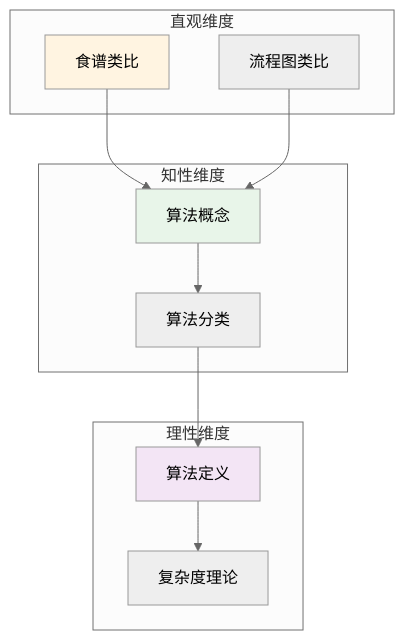
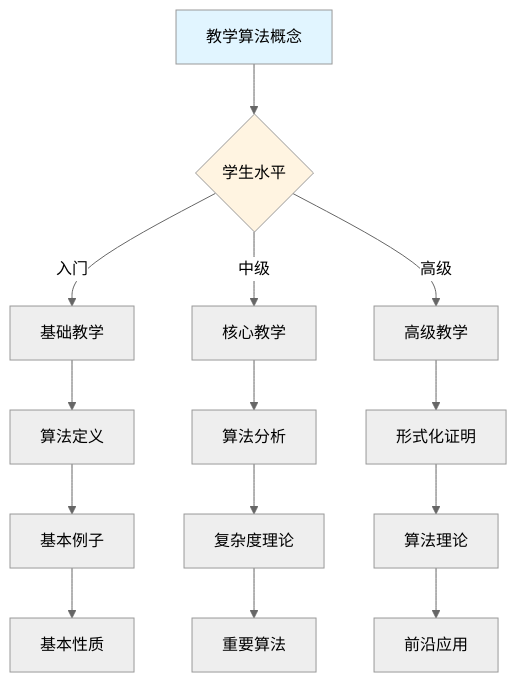
Diagram 11 of 11 in concept/核心概念/31-算法.md (AdaMartin18010/FormalMath), drawn with Mermaid (neutral theme) before and after one commit. The commit also changed other lines of this file and 4793 other files, not shown here.

````diff
--- a/concept/核心概念/31-算法.md
+++ b/concept/核心概念/31-算法.md
@@ -784,27 +2519,22 @@
 ```mermaid
-graph TB
-    subgraph 直观维度
-        A1[食谱类比]
-        A2[流程图类比]
-    end
+graph TD
+    A[教学算法概念] --> B{学生水平}
+    B -->|入门| C[基础教学]
+    B -->|中级| D[核心教学]
+    B -->|高级| E[高级教学]
 
-    subgraph 知性维度
-        B1[算法概念]
-        B2[算法分类]
-    end
+    C --> C1[算法定义]
+    C1 --> C2[基本例子]
+    C2 --> C3[基本性质]
 
-    subgraph 理性维度
-        C1[算法定义]
-        C2[复杂度理论]
-    end
+    D --> D1[算法分析]
+    D1 --> D2[复杂度理论]
+    D2 --> D3[重要算法]
 
-    A1 --> B1
-    A2 --> B1
-    B1 --> B2
-    B2 --> C1
-    C1 --> C2
+    E --> E1[形式化证明]
+    E1 --> E2[算法理论]
+    E2 --> E3[前沿应用]
 
-    style A1 fill:#fff4e1
-    style B1 fill:#e8f5e9
-    style C1 fill:#f3e5f5
+    style A fill:#e1f5ff
+    style B fill:#fff4e1
 ```
````
